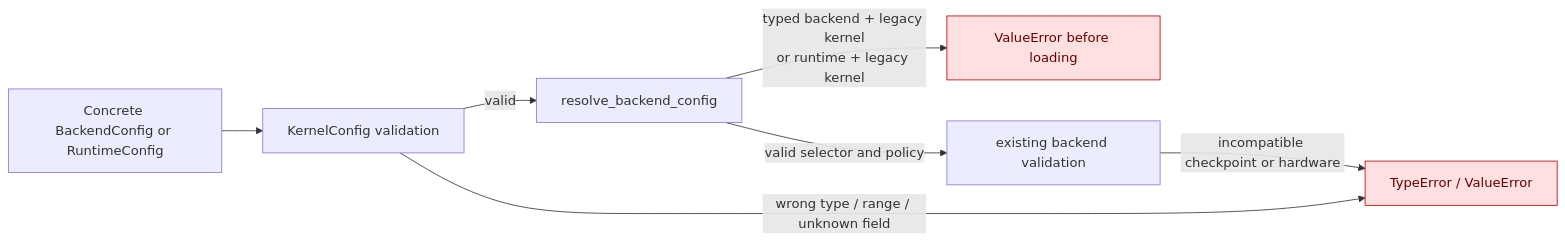
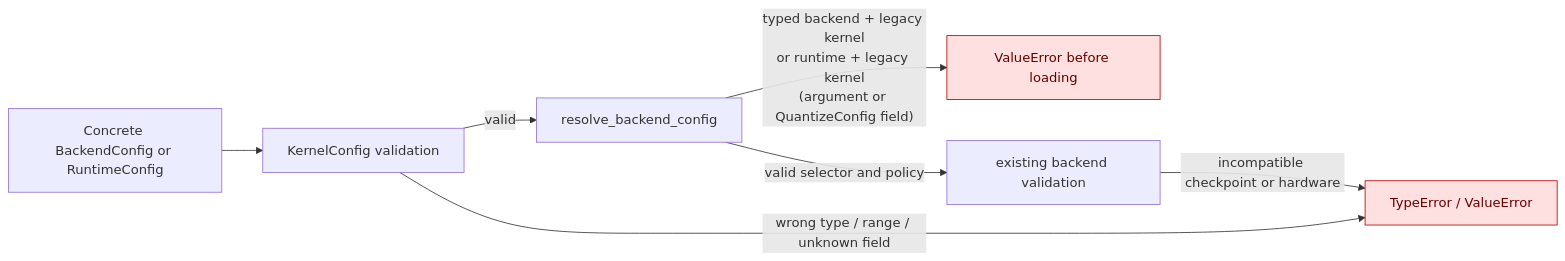
Before and after one commit to ModelCloud/GPTQModel: the fifth of 5 diagrams in docs/backend-selection.md, drawn with Mermaid. The commit also changed other lines of this file and 22 other files, not shown here.

````diff
--- a/docs/backend-selection.md
+++ b/docs/backend-selection.md
@@ -127,11 +196,11 @@
 ```mermaid
 flowchart LR
     A["Concrete BackendConfig or RuntimeConfig"] --> B["KernelConfig validation"]
     B -- "valid" --> C["resolve_backend_config"]
     B -- "wrong type / range / unknown field" --> D["TypeError / ValueError"]
-    C -- "typed backend + legacy kernel<br/>or runtime + legacy kernel" --> E["ValueError before loading"]
+    C -- "typed backend + legacy kernel<br/>or runtime + legacy kernel<br/>(argument or QuantizeConfig field)" --> E["ValueError before loading"]
     C -- "valid selector and policy" --> F["existing backend validation"]
     F -- "incompatible checkpoint or hardware" --> D
     classDef failure fill:#ffe0e0,stroke:#b00,color:#600
     class D,E failure
 ```
````
